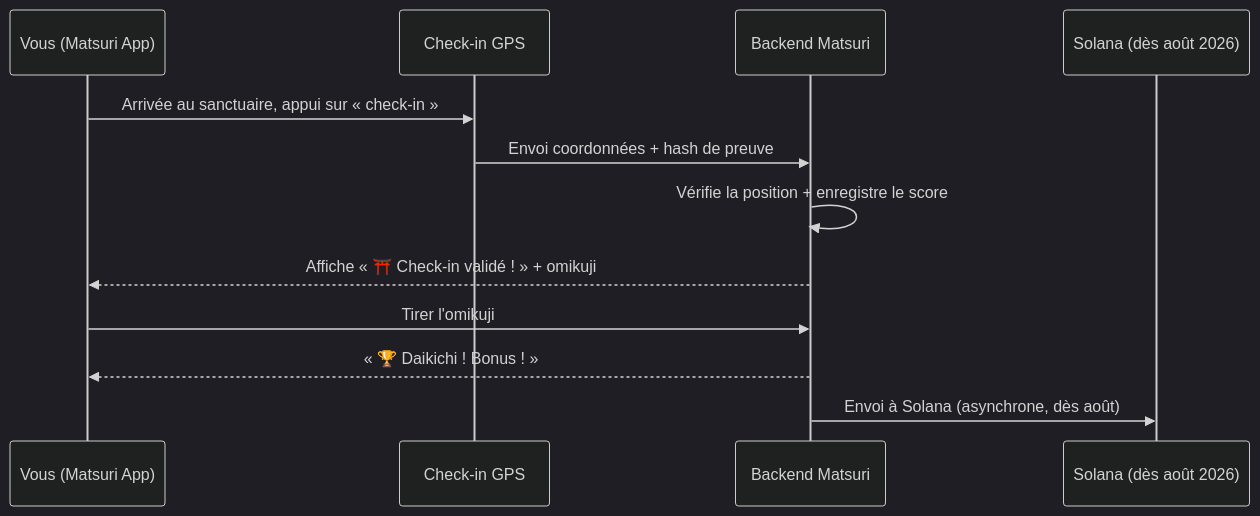
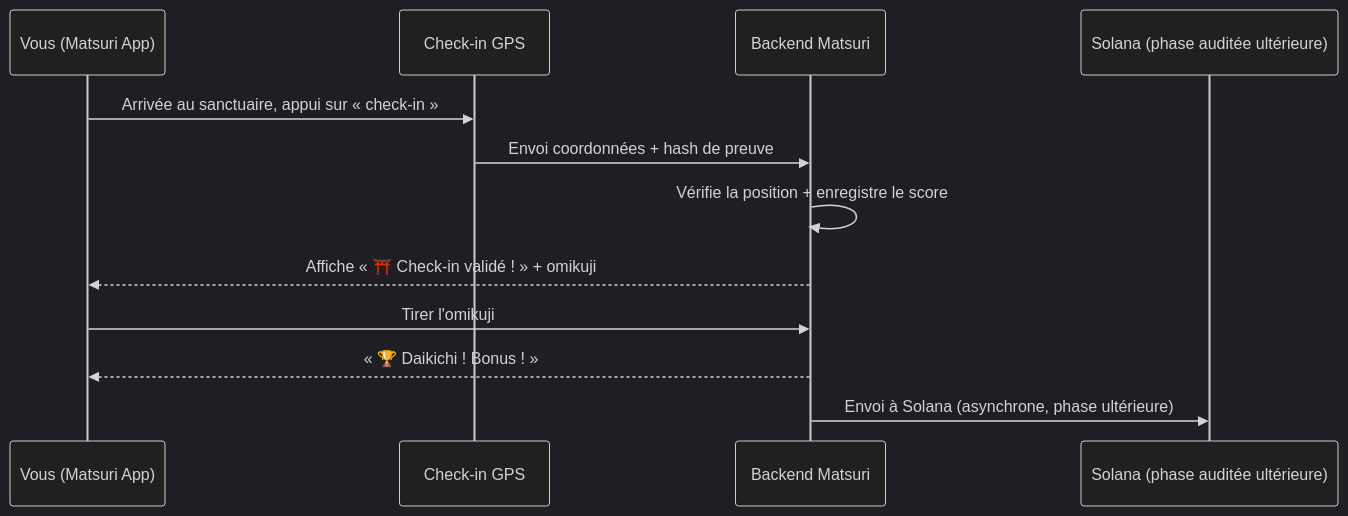
The third of 4 diagrams in i18n/fr/docusaurus-plugin-content-docs/current/04-mining.md (Cootakahashi/matsuri-dao-whitepaper), drawn with Mermaid (dark theme) before and after one commit. The commit also changed other lines of this file and 79 other files, not shown here.

First line of the commit message:
docs: re-sequence on-chain roadmap to match the staged Hashlock audit (20 locales)

````diff
--- a/i18n/fr/docusaurus-plugin-content-docs/current/04-mining.md
+++ b/i18n/fr/docusaurus-plugin-content-docs/current/04-mining.md
@@ -109,15 +109,15 @@
 ```mermaid
 sequenceDiagram
     participant U as Vous (Matsuri App)
     participant GPS as Check-in GPS
     participant API as Backend Matsuri
-    participant SC as Solana (dès août 2026)
+    participant SC as Solana (phase auditée ultérieure)
 
     U->>GPS: Arrivée au sanctuaire, appui sur « check-in »
     GPS->>API: Envoi coordonnées + hash de preuve
     API->>API: Vérifie la position + enregistre le score
     API-->>U: Affiche « ⛩️ Check-in validé ! » + omikuji
     U->>API: Tirer l'omikuji
     API-->>U: « 🏆 Daikichi ! Bonus ! »
-    API->>SC: Envoi à Solana (asynchrone, dès août)
+    API->>SC: Envoi à Solana (asynchrone, phase ultérieure)
 ```
````
